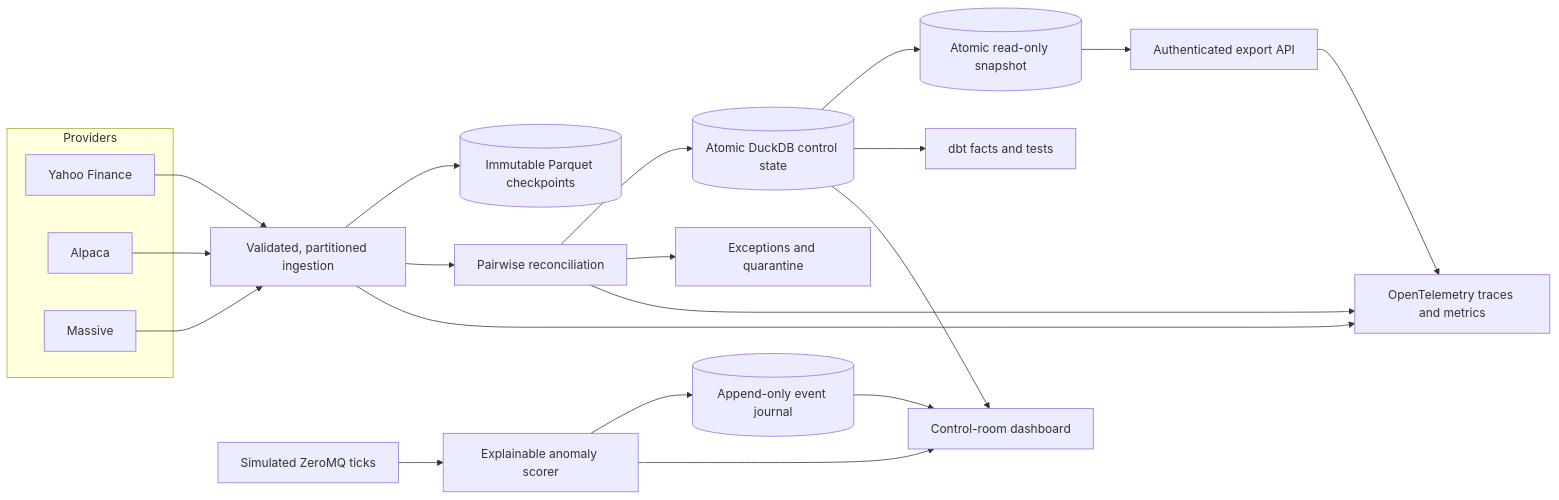
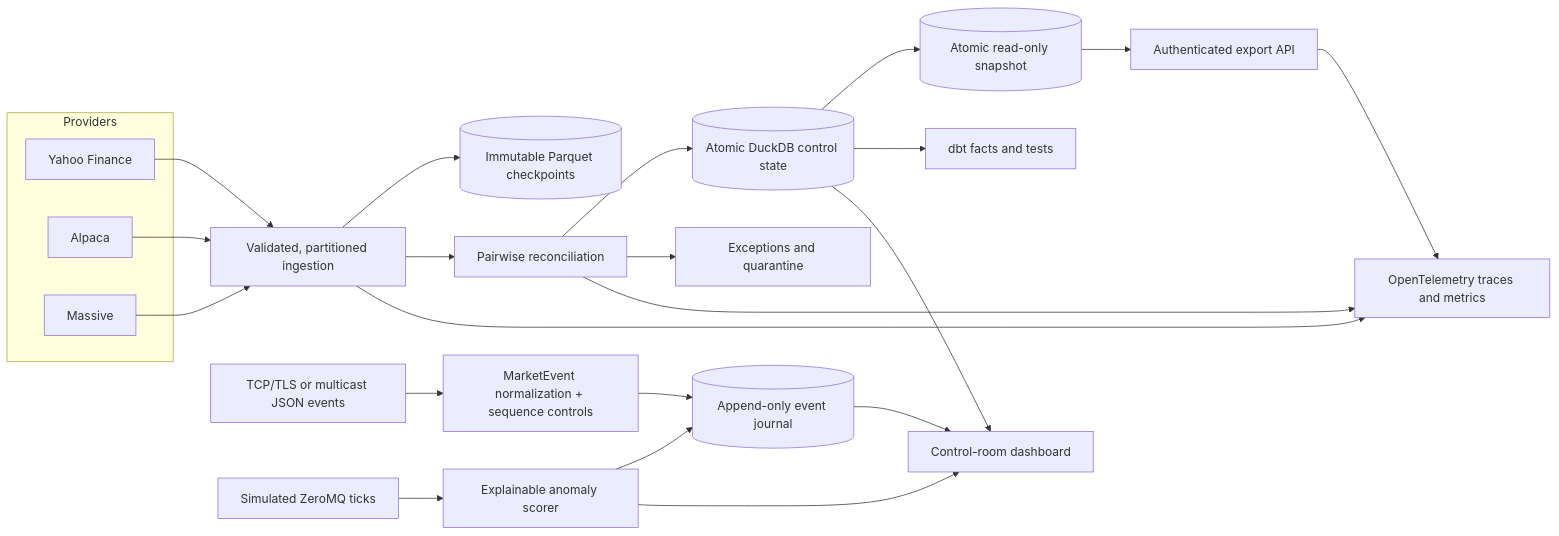
Before and after one commit to VivekReddy10-08-2004/Automated-reconciliation-engine: the diagram in README.md, drawn with Mermaid. The commit also changed other lines of this file and 19 other files, not shown here.

````diff
--- a/README.md
+++ b/README.md
@@ -6,25 +6,27 @@
 ```mermaid
 flowchart LR
     subgraph Providers
         Y[Yahoo Finance]
         A[Alpaca]
         M[Massive]
     end
 
     Y & A & M --> I[Validated, partitioned ingestion]
     I --> P[(Immutable Parquet checkpoints)]
     I --> R[Pairwise reconciliation]
     R --> D[(Atomic DuckDB control state)]
     R --> E[Exceptions and quarantine]
     D --> S[(Atomic read-only snapshot)]
     S --> API[Authenticated export API]
     D --> DBT[dbt facts and tests]
     D --> UI[Control-room dashboard]
 
+    N[TCP/TLS or multicast JSON events] --> NE[MarketEvent normalization + sequence controls]
+    NE --> J
     Z[Simulated ZeroMQ ticks] --> AS[Explainable anomaly scorer]
     AS --> J[(Append-only event journal)]
     AS --> UI
     J --> UI
 
     I & R & API --> O[OpenTelemetry traces and metrics]
 ```
````
